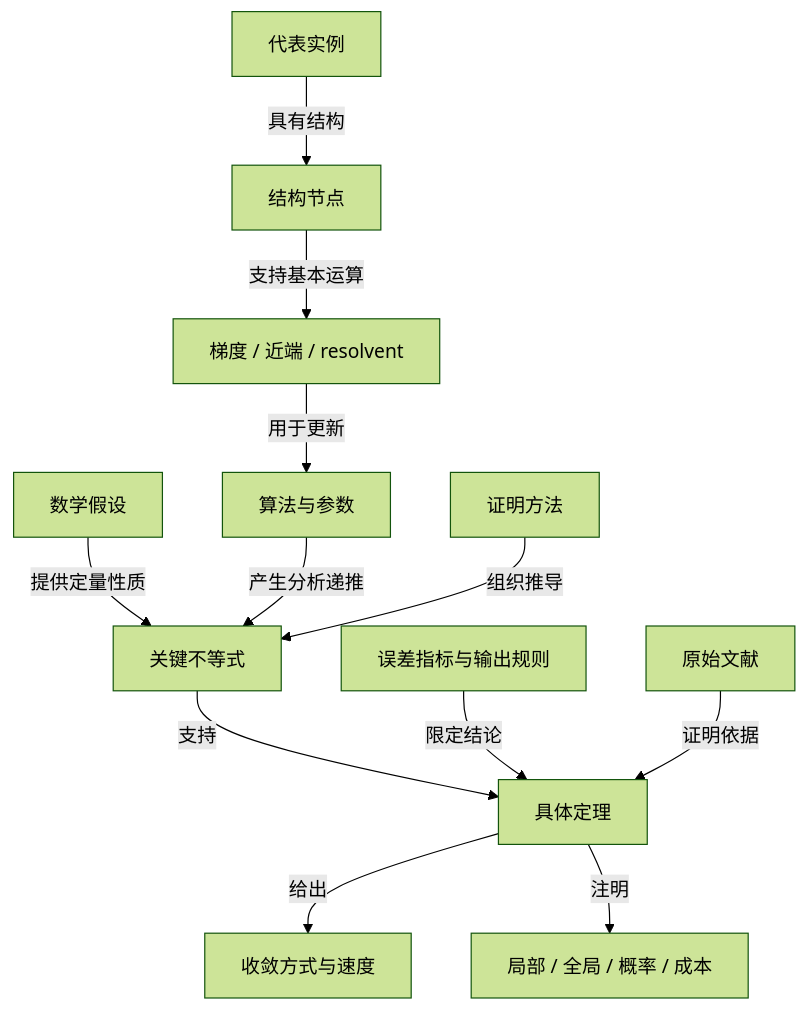
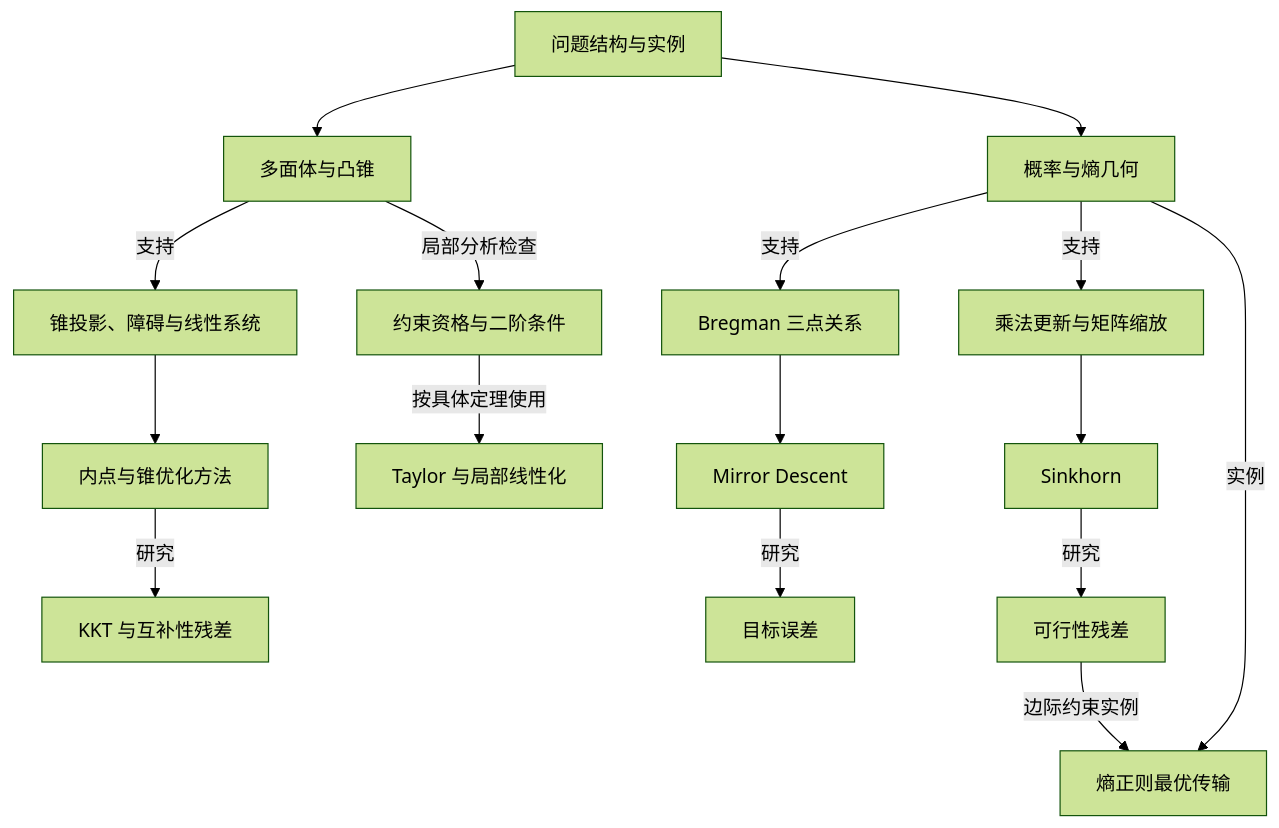
One commit to ConanXu-math/conanxu-math.github.io changed diagram 20 of 32 in _posts/2026-11-14-optimization-convergence-map.zh-CN.md. Above: the diagram before and after it, drawn with Mermaid (forest theme). The commit also changed other lines of this file and 1 other file, not shown here.

````diff
--- a/_posts/2026-11-14-optimization-convergence-map.zh-CN.md
+++ b/_posts/2026-11-14-optimization-convergence-map.zh-CN.md
@@ -1106,14 +2256,18 @@
 ```mermaid
 flowchart TD
-  EX["代表实例"] -->|具有结构| ST["结构节点"]
-  ST -->|支持基本运算| OP["梯度 / 近端 / resolvent"]
-  OP -->|用于更新| ALG["算法与参数"]
-  H["数学假设"] -->|提供定量性质| INEQ["关键不等式"]
-  ALG -->|产生分析递推| INEQ
-  METHOD["证明方法"] -->|组织推导| INEQ
-  INEQ -->|支持| TH["具体定理"]
-  METRIC["误差指标与输出规则"] -->|限定结论| TH
-  TH -->|给出| CONV["收敛方式与速度"]
-  TH -->|注明| SCOPE["局部 / 全局 / 概率 / 成本"]
-  PAPER["原始文献"] -->|证明依据| TH
+  map_structures["问题结构与实例"] --> s_conic["多面体与凸锥"]
+  map_structures --> s_entropy["概率与熵几何"]
+  s_conic -->|支持| op_cone["锥投影、障碍与线性系统"]
+  s_entropy -->|支持| method_bregman["Bregman 三点关系"]
+  s_entropy -->|支持| op_scaling["乘法更新与矩阵缩放"]
+  op_cone --> alg_interior["内点与锥优化方法"]
+  method_bregman --> alg_mirror["Mirror Descent"]
+  op_scaling --> alg_sinkhorn["Sinkhorn"]
+  alg_interior -->|研究| metric_kkt["KKT 与互补性残差"]
+  alg_mirror -->|研究| metric_objective["目标误差"]
+  alg_sinkhorn -->|研究| metric_feasibility["可行性残差"]
+  s_conic -->|局部分析检查| c_constraint["约束资格与二阶条件"]
+  c_constraint -->|按具体定理使用| method_local["Taylor 与局部线性化"]
+  s_entropy -->|实例| ex_ot["熵正则最优传输"]
+  metric_feasibility -->|边际约束实例| ex_ot
 ```
````
